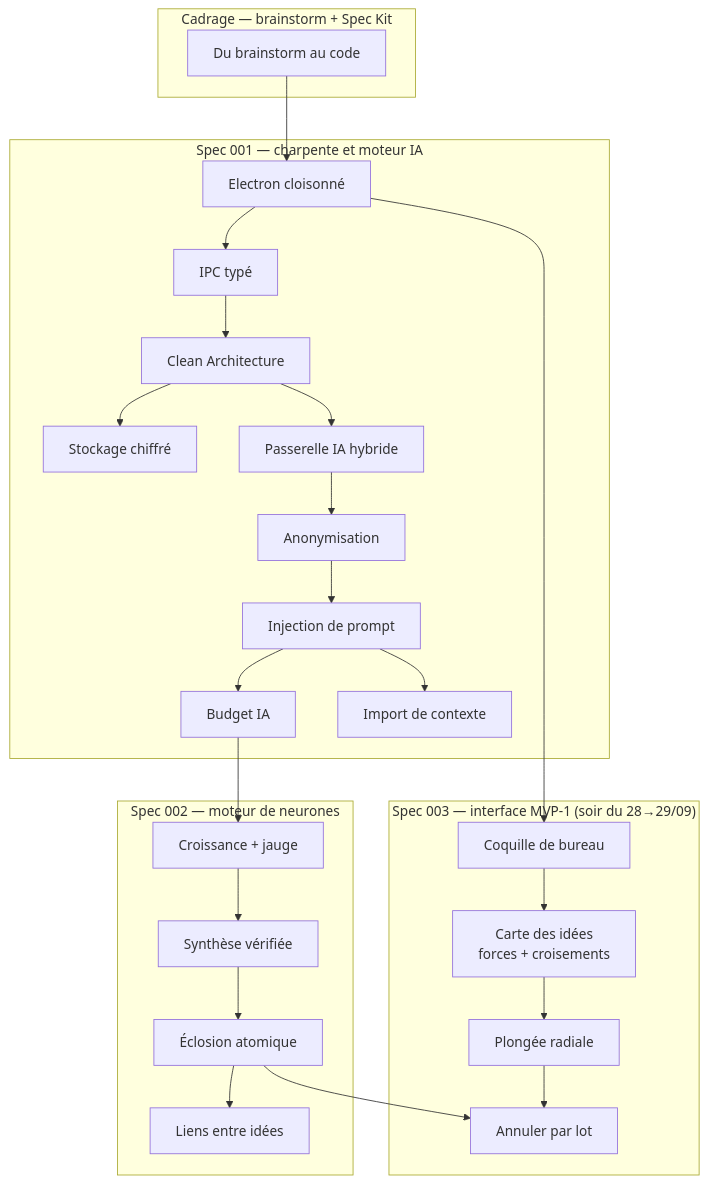
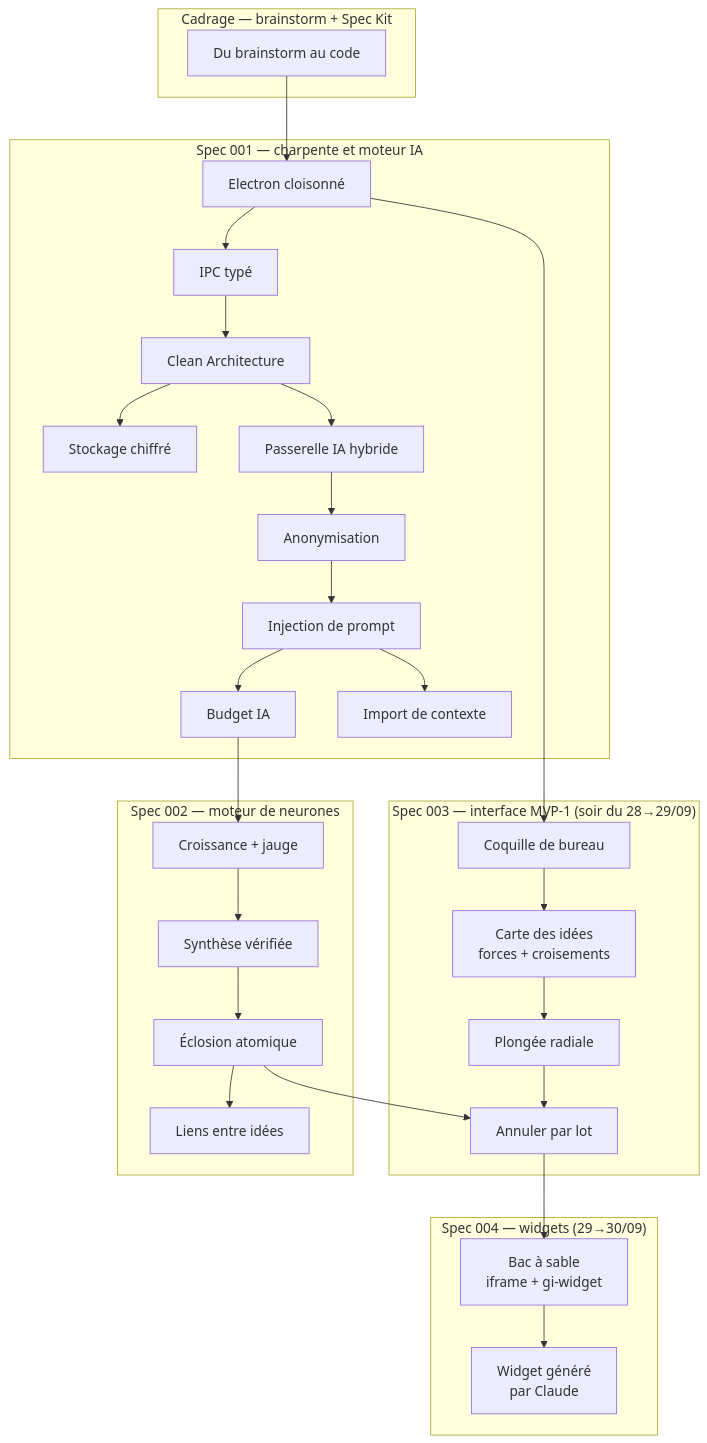
One commit to ernesthdj/gestionnaire-idees changed the diagram in docs/academique/MOC — Gestionnaire idées.md. Above: the diagram before and after it, drawn with Mermaid. The commit also changed other lines of this file and 183 other files, not shown here.

First line of the commit message:
docs(gestionnaire-idees): fin de session du 29/09 — journal, graphe et cours académique (spec 004)

````diff
--- a/docs/academique/MOC — Gestionnaire idées.md
+++ b/docs/academique/MOC — Gestionnaire idées.md
@@ -16,23 +16,27 @@
 ```mermaid
 flowchart TD
     subgraph "Cadrage — brainstorm + Spec Kit"
         A["Du brainstorm au code"]
     end
     subgraph "Spec 001 — charpente et moteur IA"
         B["Electron cloisonné"] --> C["IPC typé"] --> D["Clean Architecture"]
         D --> E["Stockage chiffré"]
         D --> F["Passerelle IA hybride"]
         F --> G["Anonymisation"] --> H["Injection de prompt"] --> I["Budget IA"]
         H --> N["Import de contexte"]
     end
     subgraph "Spec 002 — moteur de neurones"
         J["Croissance + jauge"] --> K["Synthèse vérifiée"] --> L["Éclosion atomique"] --> M["Liens entre idées"]
     end
     subgraph "Spec 003 — interface MVP-1 (soir du 28→29/09)"
         O["Coquille de bureau"] --> P["Carte des idées<br/>forces + croisements"] --> Q["Plongée radiale"] --> R["Annuler par lot"]
     end
+    subgraph "Spec 004 — widgets (29→30/09)"
+        S["Bac à sable<br/>iframe + gi-widget"] --> T["Widget généré<br/>par Claude"]
+    end
     A --> B
     I --> J
     B --> O
     L --> R
+    R --> S
 ```
````
